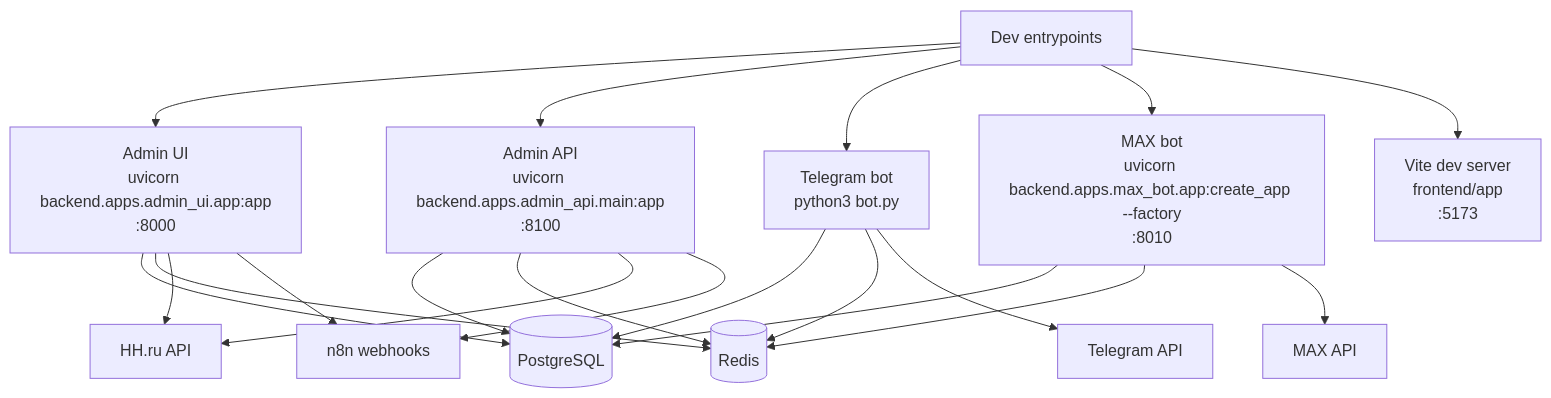
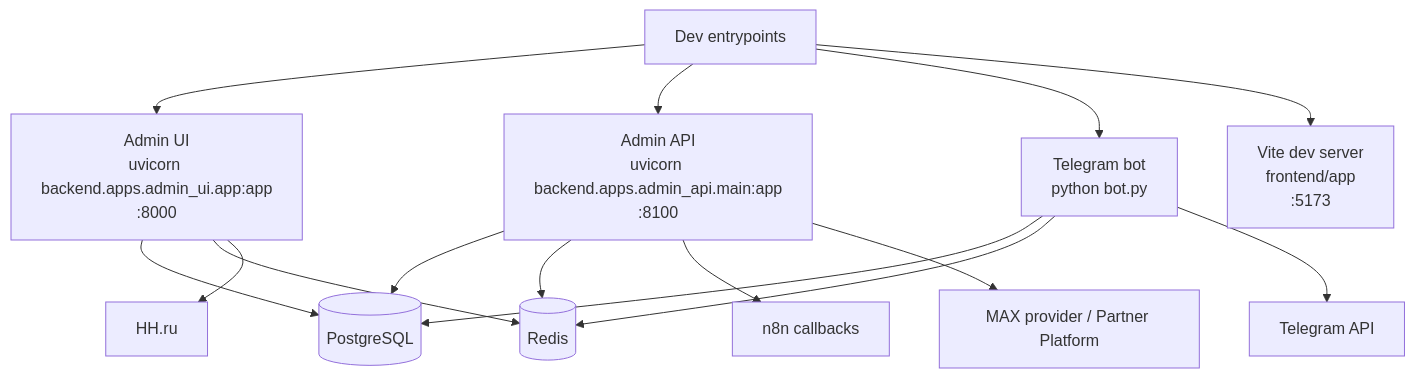
One commit to padka/HR changed the diagram in docs/architecture/runtime-topology.md. Above: the diagram before and after it, drawn with Mermaid. The commit also changed other lines of this file and 68 other files, not shown here.

````diff
--- a/docs/architecture/runtime-topology.md
+++ b/docs/architecture/runtime-topology.md
@@ -39,39 +35,32 @@
 ```mermaid
 flowchart TB
     dev["Dev entrypoints"]
     admin_ui["Admin UI<br/>uvicorn backend.apps.admin_ui.app:app<br/>:8000"]
     admin_api["Admin API<br/>uvicorn backend.apps.admin_api.main:app<br/>:8100"]
-    bot["Telegram bot<br/>python3 bot.py"]
-    max_bot["MAX bot<br/>uvicorn backend.apps.max_bot.app:create_app --factory<br/>:8010"]
+    bot["Telegram bot<br/>python bot.py"]
     vite["Vite dev server<br/>frontend/app<br/>:5173"]
     db[("PostgreSQL")]
     redis[("Redis")]
     telegram["Telegram API"]
-    max["MAX API"]
-    hh["HH.ru API"]
-    n8n["n8n webhooks"]
+    max["MAX provider / Partner Platform"]
+    hh["HH.ru"]
+    n8n["n8n callbacks"]
 
     dev --> admin_ui
     dev --> admin_api
     dev --> bot
-    dev --> max_bot
     dev --> vite
 
     admin_ui --> db
     admin_ui --> redis
     admin_ui --> hh
-    admin_ui --> n8n
 
     admin_api --> db
     admin_api --> redis
-    admin_api --> hh
     admin_api --> n8n
+    admin_api --> max
 
     bot --> db
     bot --> redis
     bot --> telegram
-
-    max_bot --> db
-    max_bot --> redis
-    max_bot --> max
 ```
````
